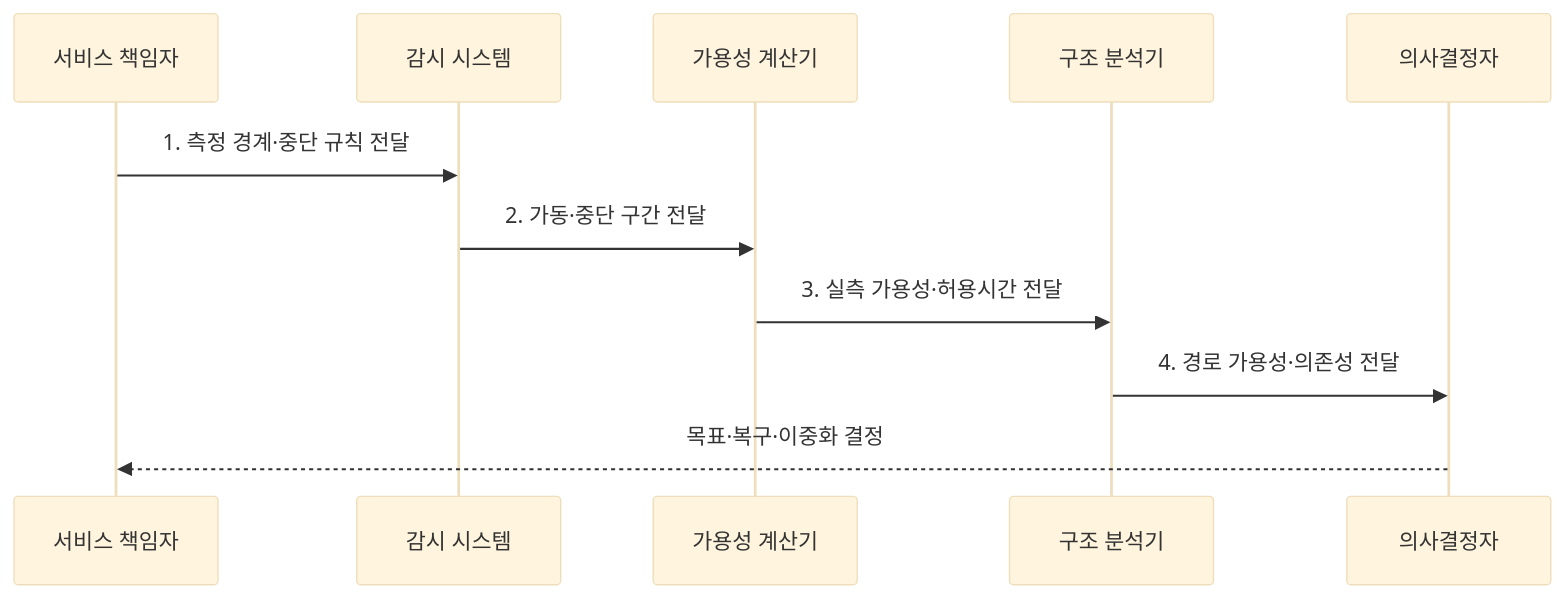
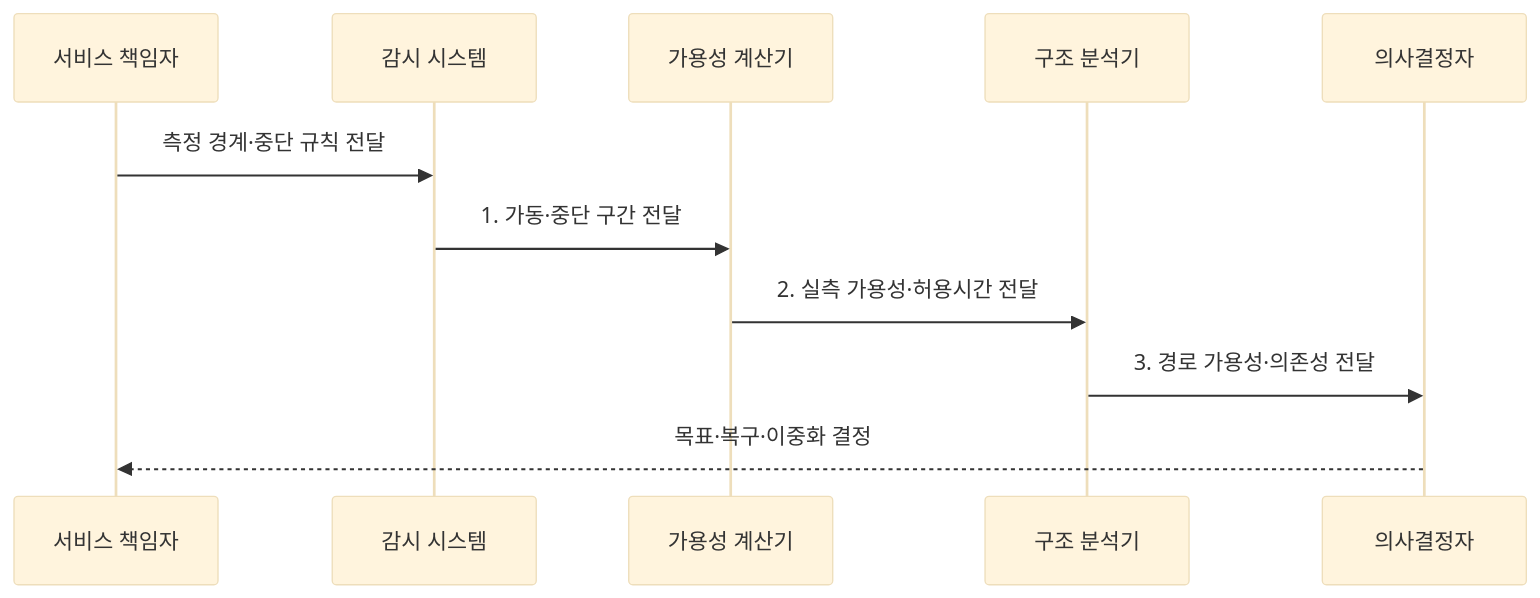
The second of 2 diagrams in src/content/docs/notes/06-evaluation/013_availability_calculation.md (agnusdei1207/knowledge-base), drawn with Mermaid (base theme) before and after one commit. The commit also changed other lines of this file and 12 other files, not shown here.

````diff
--- a/src/content/docs/notes/06-evaluation/013_availability_calculation.md
+++ b/src/content/docs/notes/06-evaluation/013_availability_calculation.md
@@ -81,13 +81,13 @@
 ```mermaid
 sequenceDiagram
   participant O as 서비스 책임자
   participant M as 감시 시스템
   participant C as 가용성 계산기
   participant A as 구조 분석기
   participant D as 의사결정자
-  O->>M: 1. 측정 경계·중단 규칙 전달
-  M->>C: 2. 가동·중단 구간 전달
-  C->>A: 3. 실측 가용성·허용시간 전달
-  A->>D: 4. 경로 가용성·의존성 전달
+  O->>M: 측정 경계·중단 규칙 전달
+  M->>C: 1. 가동·중단 구간 전달
+  C->>A: 2. 실측 가용성·허용시간 전달
+  A->>D: 3. 경로 가용성·의존성 전달
   D-->>O: 목표·복구·이중화 결정
 ```
````
